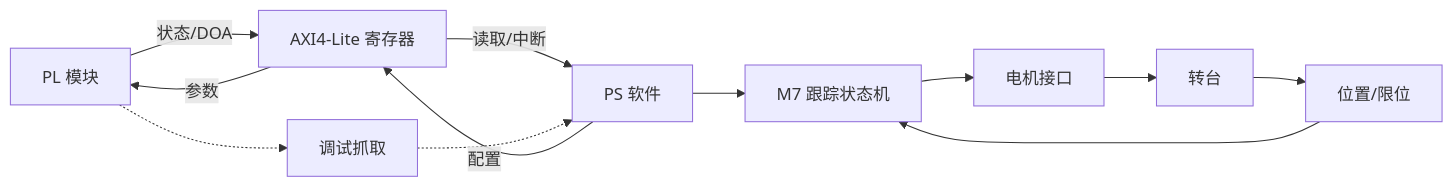
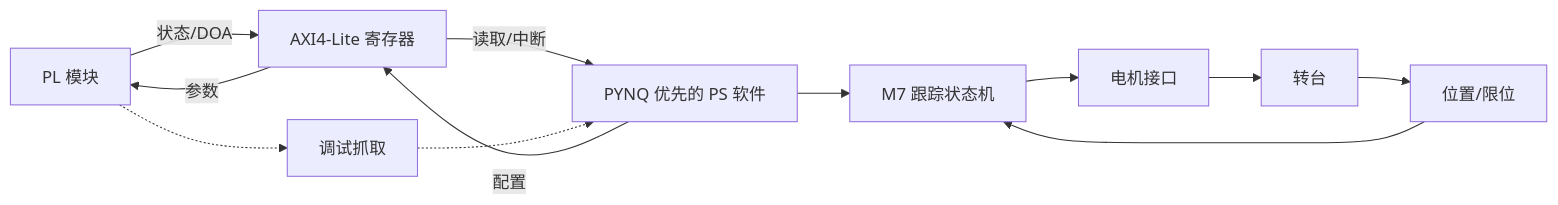
The sixth of 6 diagrams in docs/engineering-flow.md (TophBeifong1744/Competition_fpga), drawn with Mermaid before and after one commit. The commit also changed other lines of this file and 33 other files, not shown here.

````diff
--- a/docs/engineering-flow.md
+++ b/docs/engineering-flow.md
@@ -103,14 +103,14 @@
 ```mermaid
 flowchart LR
     PL[PL 模块] -->|状态/DOA| REG[AXI4-Lite 寄存器]
-    REG -->|读取/中断| PS[PS 软件]
+    REG -->|读取/中断| PS[PYNQ 优先的 PS 软件]
     PS -->|配置| REG
     REG -->|参数| PL
     PS --> TRACK[M7 跟踪状态机]
     TRACK --> MOTOR[电机接口]
     MOTOR --> TABLE[转台]
     TABLE --> POS[位置/限位]
     POS --> TRACK
     PL -.-> CAP[调试抓取]
     CAP -.-> PS
 ```
````
